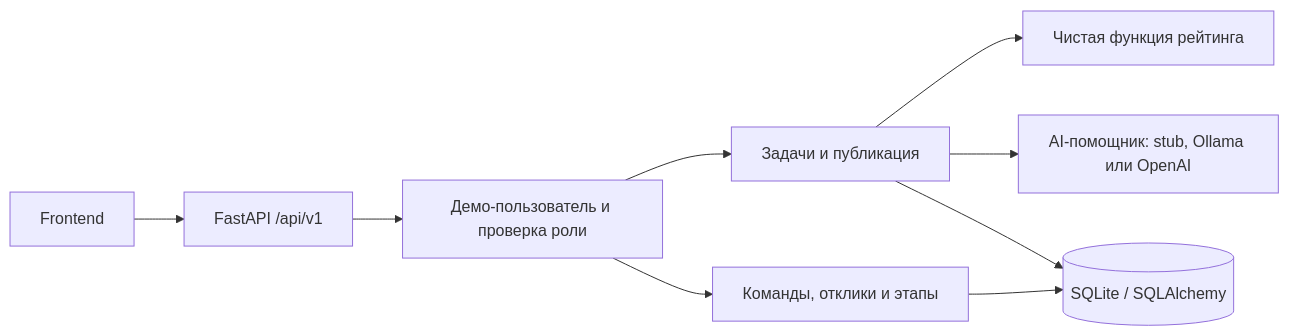
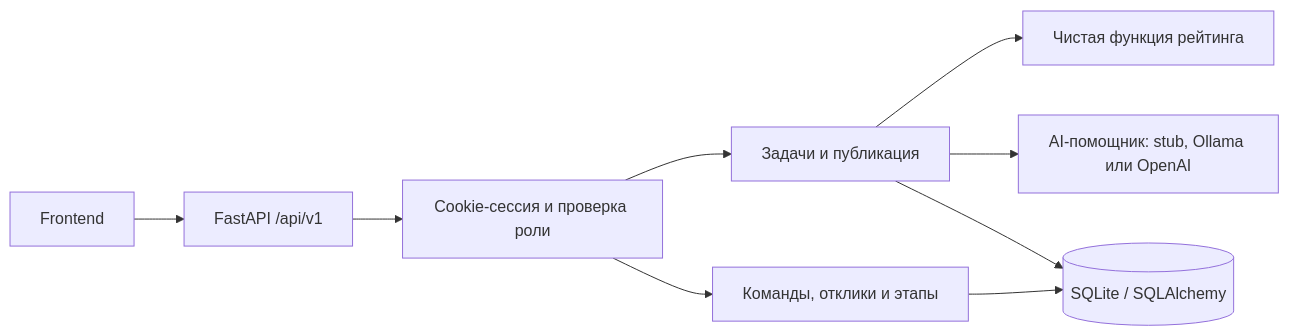
Before and after one commit to BAITC-Hacks/hack-f2139e4f-whynot: the first of 2 diagrams in backend/docs/architecture.md, drawn with Mermaid. The commit also changed other lines of this file and 41 other files, not shown here.

````diff
--- a/backend/docs/architecture.md
+++ b/backend/docs/architecture.md
@@ -27,11 +27,11 @@
 ```mermaid
 flowchart LR
     F[Frontend] --> A[FastAPI /api/v1]
-    A --> D[Демо-пользователь и проверка роли]
+    A --> D[Cookie-сессия и проверка роли]
     D --> T[Задачи и публикация]
     D --> P[Команды, отклики и этапы]
     T --> R[Чистая функция рейтинга]
     T --> AI[AI-помощник: stub, Ollama или OpenAI]
     T --> DB[(SQLite / SQLAlchemy)]
     P --> DB
 ```
````
